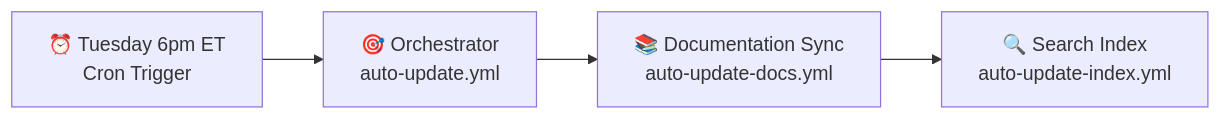
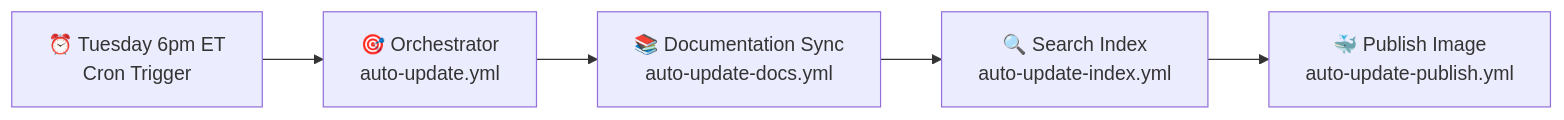
The diagram in .github/workflows/README.md (KemingHe/python-dependency-manager-companion-mcp-server), drawn with Mermaid before and after one commit. The commit also changed other lines of this file and 11 other files, not shown here.

````diff
--- a/.github/workflows/README.md
+++ b/.github/workflows/README.md
@@ -9,11 +9,13 @@
 ```mermaid
 graph LR
     CRON_TRIGGER["⏰ Tuesday 6pm ET<br/>Cron Trigger"]
     ORCHESTRATOR["🎯 Orchestrator<br/>auto-update.yml"]
     UPDATE_DOCS["📚 Documentation Sync<br/>auto-update-docs.yml"]
     UPDATE_INDEX["🔍 Search Index<br/>auto-update-index.yml"]
+    PUBLISH["🐳 Publish Image<br/>auto-update-publish.yml"]
 
     CRON_TRIGGER --> ORCHESTRATOR
     ORCHESTRATOR --> UPDATE_DOCS
     UPDATE_DOCS --> UPDATE_INDEX
+    UPDATE_INDEX --> PUBLISH
 ```
````
